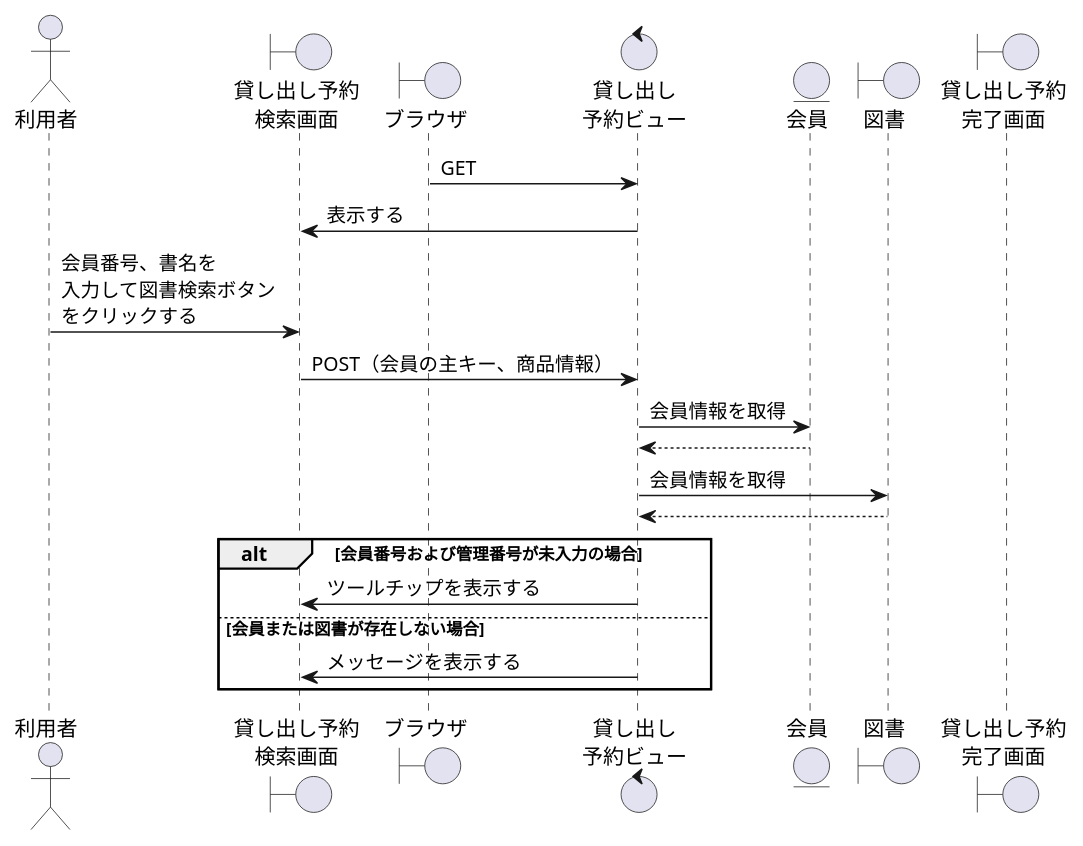
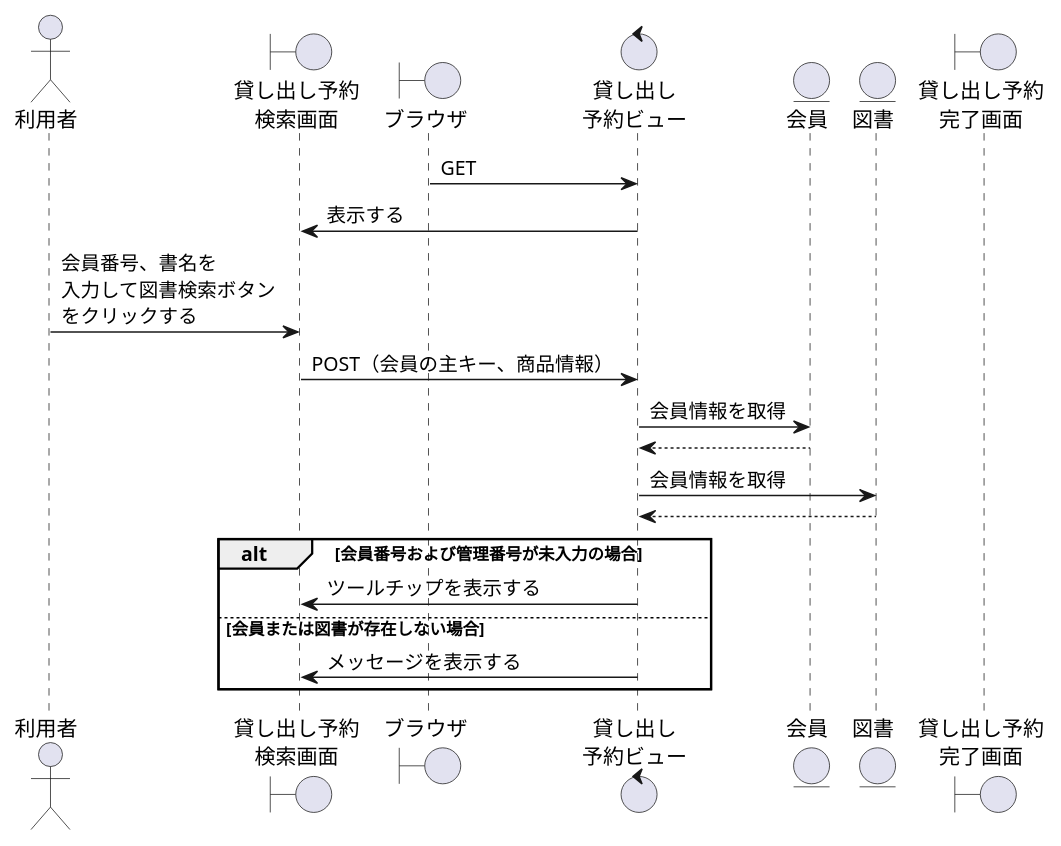
The diagram in 効果測定/貸し出し予約.wsd (ysyk-wtnb16/team_D), drawn with PlantUML before and after one commit. The commit also changed 3 other files, not shown here.

```diff
--- a/効果測定/貸し出し予約.wsd
+++ b/効果測定/貸し出し予約.wsd
@@ -1,27 +1,27 @@
 @startuml Rental Reservation
 
 actor "利用者" as user
-boundary "貸し出し予約\n検索画面" as RRss
+boundary "貸し出し予約\n検索画面" as RenRSs
 boundary "ブラウザ" as brz
-control "貸し出し\n予約ビュー" as RRv
+control "貸し出し\n予約ビュー" as RenRv
 entity "会員" as member
-boundary "図書" as book
-boundary "貸し出し予約\n完了画面" as RRCs
+entity "図書" as book
+boundary "貸し出し予約\n完了画面" as RenRCs
  
 
-brz -> RRv: GET
-RRss <- RRv: 表示する
-user -> RRss: 会員番号、書名を\n入力して図書検索ボタン\nをクリックする
-RRss -> RRv: POST（会員の主キー、商品情報）
-RRv -> member: 会員情報を取得
-RRv <-- member
-RRv -> book: 会員情報を取得
-RRv <-- book
+brz -> RenRv: GET
+RenRSs <- RenRv: 表示する
+user -> RenRSs: 会員番号、書名を\n入力して図書検索ボタン\nをクリックする
+RenRSs -> RenRv: POST（会員の主キー、商品情報）
+RenRv -> member: 会員情報を取得
+RenRv <-- member
+RenRv -> book: 会員情報を取得
+RenRv <-- book
 alt 会員番号および管理番号が未入力の場合
-    RRss <- RRv:ツールチップを表示する
+    RenRSs <- RenRv:ツールチップを表示する
 else 会員または図書が存在しない場合
-    RRss <- RRv:メッセージを表示する
+    RenRSs <- RenRv:メッセージを表示する
 end
 
 
 @enduml
```
